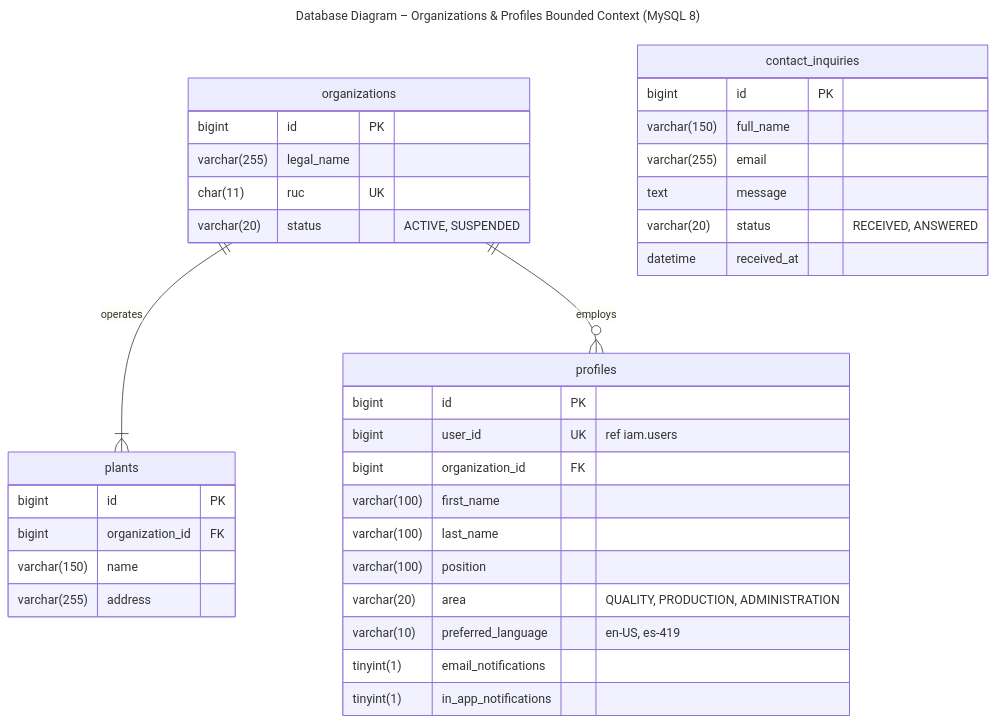
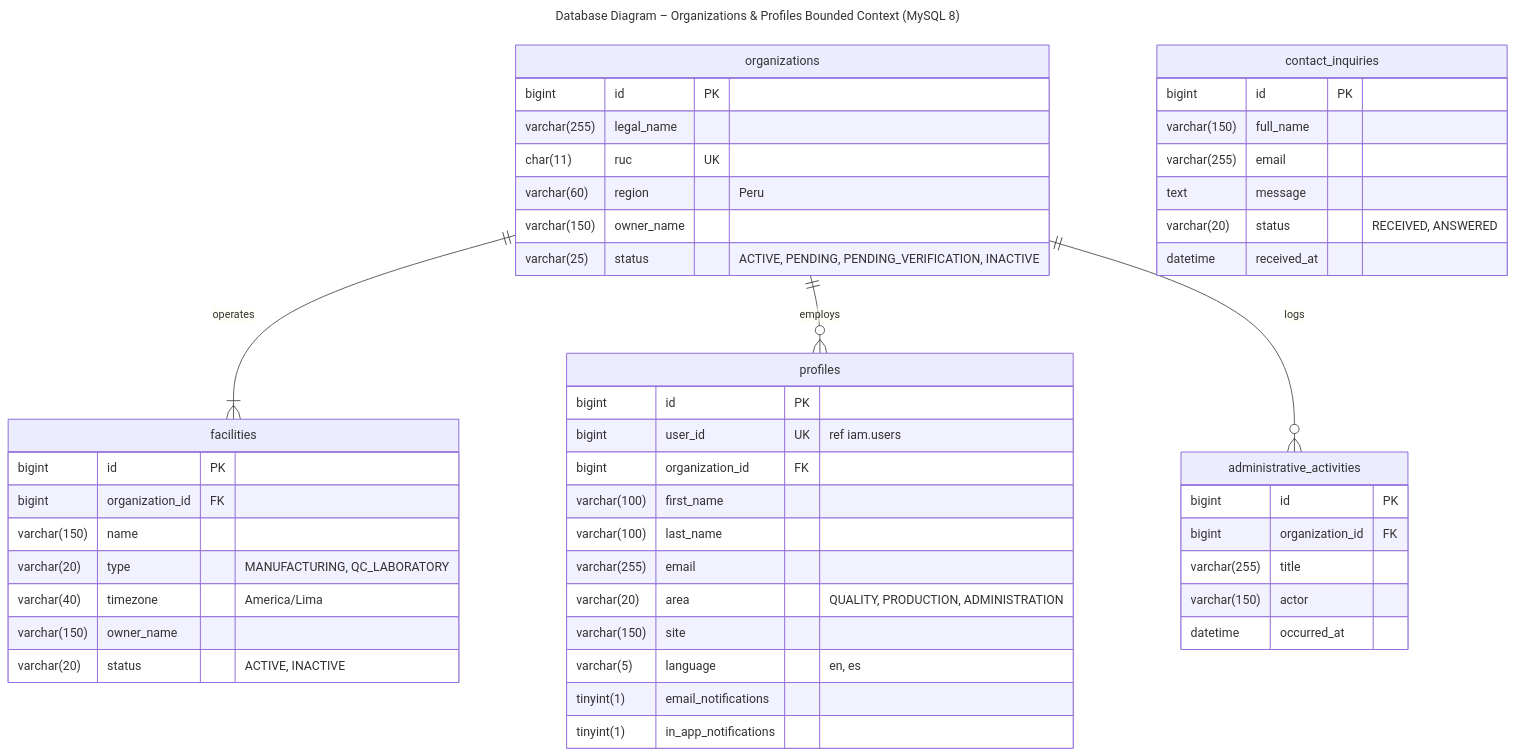
The diagram in report/assets/diagrams/mermaid/db-02-organizations.mmd (IngesCompany/doofplus-report), drawn with Mermaid before and after one commit. The commit also changed 10 other files, not shown here.

Commit message:
fix(diagrams): align the class and database diagrams with the product

```diff
--- a/report/assets/diagrams/mermaid/db-02-organizations.mmd
+++ b/report/assets/diagrams/mermaid/db-02-organizations.mmd
@@ -1,38 +1,52 @@
 ---
 title: "Database Diagram – Organizations & Profiles Bounded Context (MySQL 8)"
 ---
 erDiagram
   organizations {
     bigint id PK
     varchar(255) legal_name
     char(11) ruc UK
-    varchar(20) status "ACTIVE, SUSPENDED"
+    varchar(60) region "Peru"
+    varchar(150) owner_name
+    varchar(25) status "ACTIVE, PENDING, PENDING_VERIFICATION, INACTIVE"
   }
-  plants {
+  facilities {
     bigint id PK
     bigint organization_id FK
     varchar(150) name
-    varchar(255) address
+    varchar(20) type "MANUFACTURING, QC_LABORATORY"
+    varchar(40) timezone "America/Lima"
+    varchar(150) owner_name
+    varchar(20) status "ACTIVE, INACTIVE"
   }
   profiles {
     bigint id PK
     bigint user_id UK "ref iam.users"
     bigint organization_id FK
     varchar(100) first_name
     varchar(100) last_name
-    varchar(100) position
+    varchar(255) email
     varchar(20) area "QUALITY, PRODUCTION, ADMINISTRATION"
-    varchar(10) preferred_language "en-US, es-419"
+    varchar(150) site
+    varchar(5) language "en, es"
     tinyint(1) email_notifications
     tinyint(1) in_app_notifications
+  }
+  administrative_activities {
+    bigint id PK
+    bigint organization_id FK
+    varchar(255) title
+    varchar(150) actor
+    datetime occurred_at
   }
   contact_inquiries {
     bigint id PK
     varchar(150) full_name
     varchar(255) email
     text message
     varchar(20) status "RECEIVED, ANSWERED"
     datetime received_at
   }
-  organizations ||--|{ plants : "operates"
+  organizations ||--|{ facilities : "operates"
   organizations ||--o{ profiles : "employs"
+  organizations ||--o{ administrative_activities : "logs"
```
